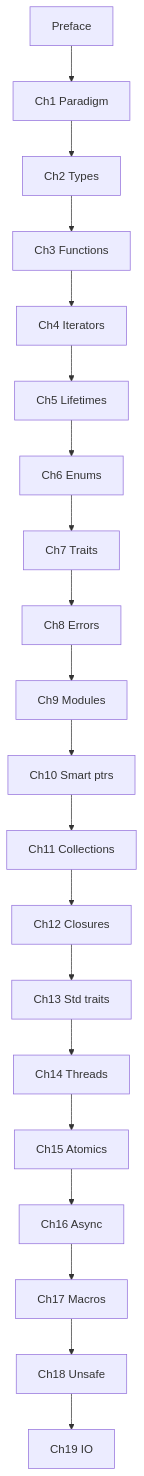
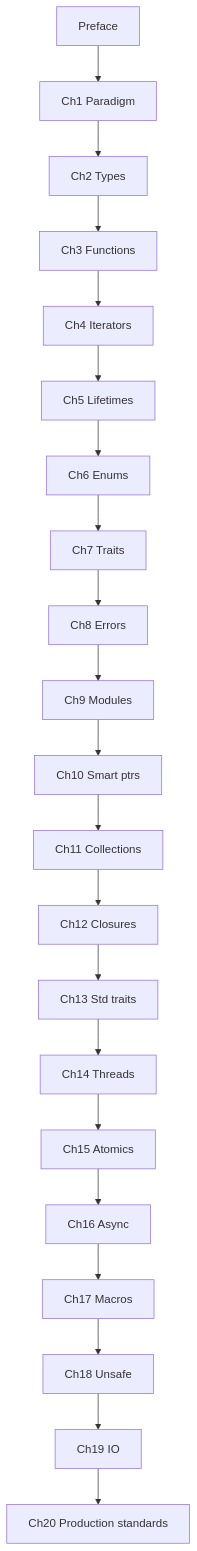
Before and after one commit to buchslava/vibe-learning: the diagram in rust-core/CONTENTS.md, drawn with Mermaid. The commit also changed other lines of this file and 7 other files, not shown here.

Commit message:
production standards chapter

````diff
--- a/rust-core/CONTENTS.md
+++ b/rust-core/CONTENTS.md
@@ -83,22 +90,23 @@
 ```mermaid
 flowchart TD
   preface[Preface] --> c1[Ch1 Paradigm]
   c1 --> c2[Ch2 Types]
   c2 --> c3[Ch3 Functions]
   c3 --> c4[Ch4 Iterators]
   c4 --> c5[Ch5 Lifetimes]
   c5 --> c6[Ch6 Enums]
   c6 --> c7[Ch7 Traits]
   c7 --> c8[Ch8 Errors]
   c8 --> c9[Ch9 Modules]
   c9 --> c10[Ch10 Smart ptrs]
   c10 --> c11[Ch11 Collections]
   c11 --> c12[Ch12 Closures]
   c12 --> c13[Ch13 Std traits]
   c13 --> c14[Ch14 Threads]
   c14 --> c15[Ch15 Atomics]
   c15 --> c16[Ch16 Async]
   c16 --> c17[Ch17 Macros]
   c17 --> c18[Ch18 Unsafe]
   c18 --> c19[Ch19 IO]
+  c19 --> c20[Ch20 Production standards]
 ```
````
